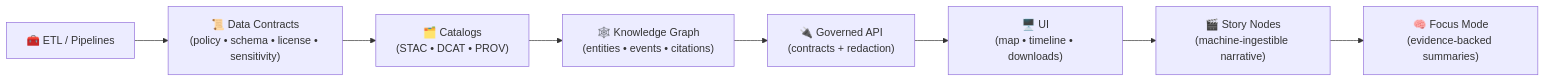
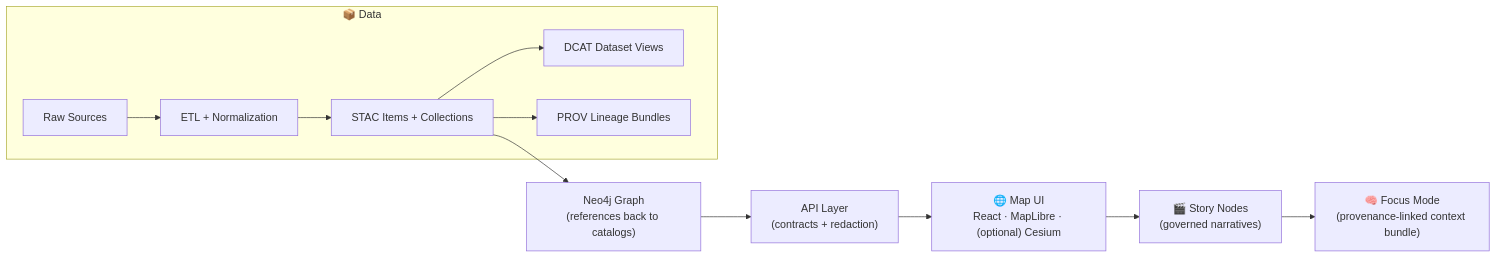
One commit to bartytime4life/Kansas-Frontier-Matrix changed the diagram in web/README.md. Above: the diagram before and after it, drawn with Mermaid. The commit also changed other lines of this file, not shown here.

````diff
--- a/web/README.md
+++ b/web/README.md
@@ -161,10 +84,15 @@
 ```mermaid
 flowchart LR
-  ETL["🧰 ETL / Pipelines"] --> CONTRACTS["📜 Data Contracts<br/>(policy • schema • license • sensitivity)"]
-  CONTRACTS --> CAT["🗂️ Catalogs<br/>(STAC • DCAT • PROV)"]
-  CAT --> GRAPH["🕸️ Knowledge Graph<br/>(entities • events • citations)"]
-  GRAPH --> API["🔌 Governed API<br/>(contracts + redaction)"]
-  API --> UI["🖥️ UI<br/>(map • timeline • downloads)"]
-  UI --> STORY["🎬 Story Nodes<br/>(machine-ingestible narrative)"]
-  STORY --> FOCUS["🧠 Focus Mode<br/>(evidence-backed summaries)"]
+  subgraph Data["📦 Data"]
+    A["Raw Sources"] --> B["ETL + Normalization"]
+    B --> C["STAC Items + Collections"]
+    C --> D["DCAT Dataset Views"]
+    C --> E["PROV Lineage Bundles"]
+  end
+
+  C --> G["Neo4j Graph<br/>(references back to catalogs)"]
+  G --> H["API Layer<br/>(contracts + redaction)"]
+  H --> I["🌐 Map UI<br/>React · MapLibre · (optional) Cesium"]
+  I --> J["🎬 Story Nodes<br/>(governed narratives)"]
+  J --> K["🧠 Focus Mode<br/>(provenance-linked context bundle)"]
 ```
````
